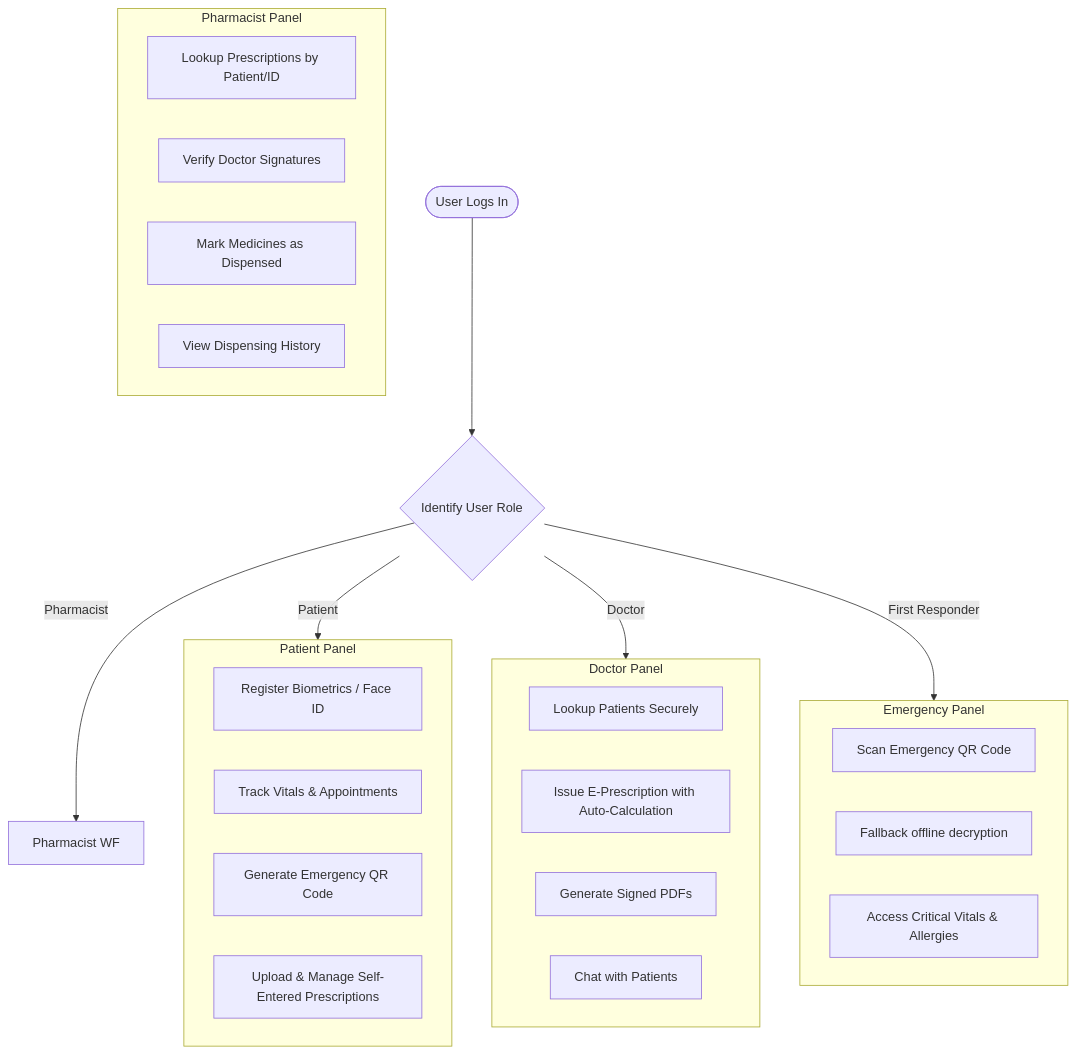
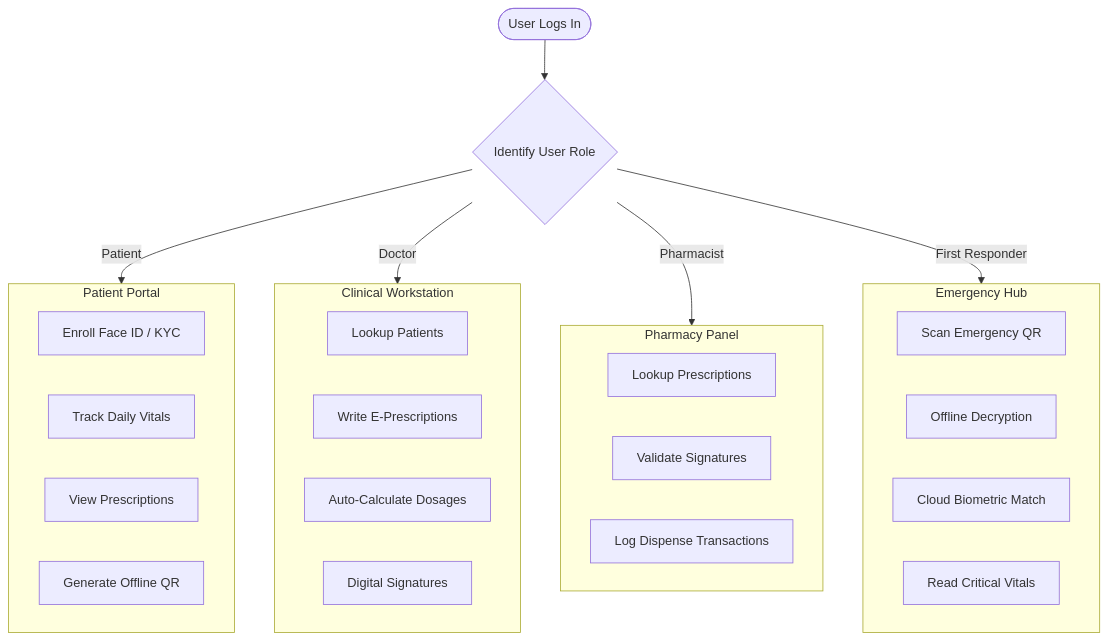
The first of 2 diagrams in README.md (ankurrera/CareSyncMain), drawn with Mermaid before and after one commit. The commit also changed other lines of this file and 226 other files, not shown here.

````diff
--- a/README.md
+++ b/README.md
@@ -98,36 +67,36 @@
 ```mermaid
 flowchart TD
     Start([User Logs In]) --> RoleCheck{Identify User Role}
     
-    RoleCheck -->|Patient| PatientWF[Patient Workflow]
-    RoleCheck -->|Doctor| DoctorWF[Doctor Workflow]
-    RoleCheck -->|Pharmacist| PharmacistWF[Pharmacist WF]
-    RoleCheck -->|First Responder| FRWF[First Responder WF]
+    RoleCheck -->|Patient| PatientWF[Patient Portal]
+    RoleCheck -->|Doctor| DoctorWF[Clinical Workstation]
+    RoleCheck -->|Pharmacist| PharmacistWF[Pharmacy Panel]
+    RoleCheck -->|First Responder| FRWF[Emergency Hub]
 
-    subgraph PatientWF [Patient Panel]
-        P1[Register Biometrics / Face ID]
-        P2[Track Vitals & Appointments]
-        P3[Generate Emergency QR Code]
-        P4[Upload & Manage Self-Entered Prescriptions]
+    subgraph PatientWF [Patient Portal]
+        P1[Enroll Face ID / KYC]
+        P2[Track Daily Vitals]
+        P3[View Prescriptions]
+        P4[Generate Offline QR]
     end
 
-    subgraph DoctorWF [Doctor Panel]
-        D1[Lookup Patients Securely]
-        D2[Issue E-Prescription with Auto-Calculation]
-        D3[Generate Signed PDFs]
-        D4[Chat with Patients]
+    subgraph DoctorWF [Clinical Workstation]
+        D1[Lookup Patients]
+        D2[Write E-Prescriptions]
+        D3[Auto-Calculate Dosages]
+        D4[Digital Signatures]
     end
 
-    subgraph Pharmacist WF [Pharmacist Panel]
-        Ph1[Lookup Prescriptions by Patient/ID]
-        Ph2[Verify Doctor Signatures]
-        Ph3[Mark Medicines as Dispensed]
-        Ph4[View Dispensing History]
+    subgraph PharmacistWF [Pharmacy Panel]
+        Ph1[Lookup Prescriptions]
+        Ph2[Validate Signatures]
+        Ph3[Log Dispense Transactions]
     end
 
-    subgraph FRWF [Emergency Panel]
-        F1[Scan Emergency QR Code]
-        F2[Fallback offline decryption]
-        F3[Access Critical Vitals & Allergies]
+    subgraph FRWF [Emergency Hub]
+        F1[Scan Emergency QR]
+        F2[Offline Decryption]
+        F3[Cloud Biometric Match]
+        F4[Read Critical Vitals]
     end
 ```
````
